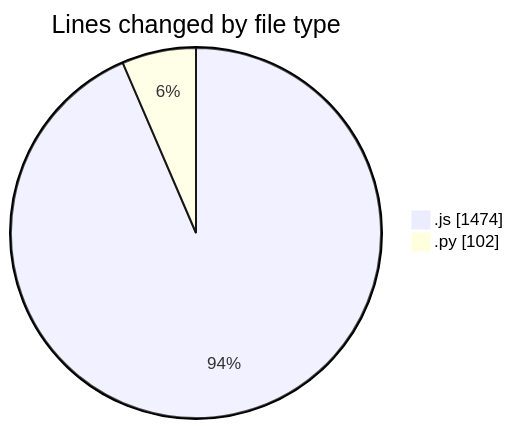
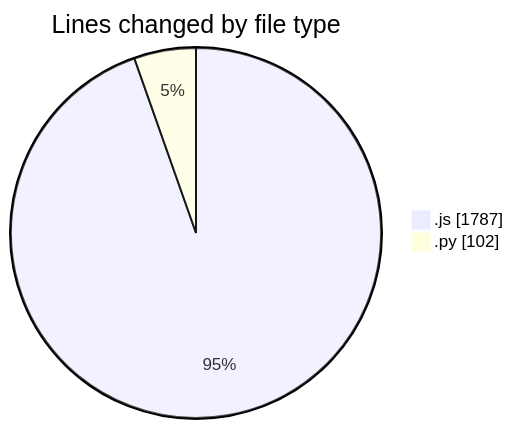
One commit to nxtqubesakshisongat/code-tracking changed the first of 2 diagrams in 2025-04-16/nxtqube_webapp/README.md. Above: the diagram before and after it, drawn with Mermaid. The commit also changed other lines of this file and 1 other file, not shown here.

````diff
--- a/2025-04-16/nxtqube_webapp/README.md
+++ b/2025-04-16/nxtqube_webapp/README.md
@@ -22,6 +22,6 @@
 ```mermaid
 pie showData
 title Lines changed by file type
-".js" : 1474
+".js" : 1787
 ".py" : 102
 ```
````
